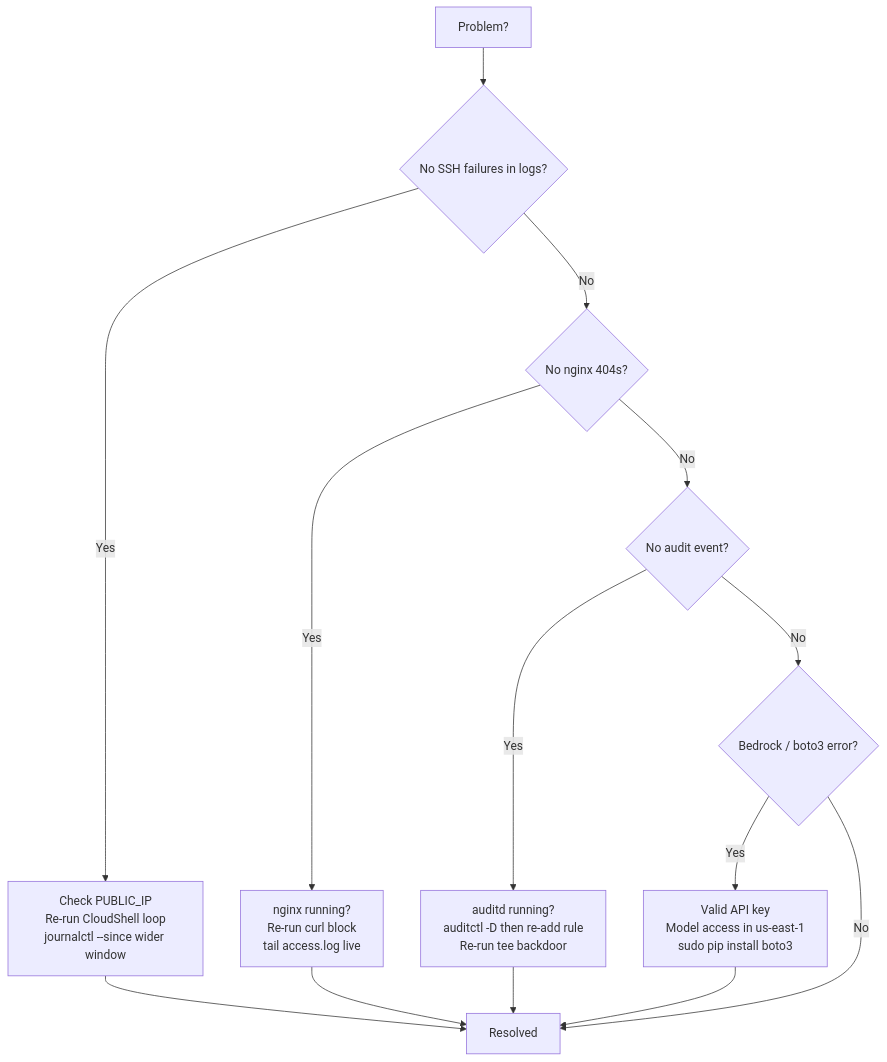
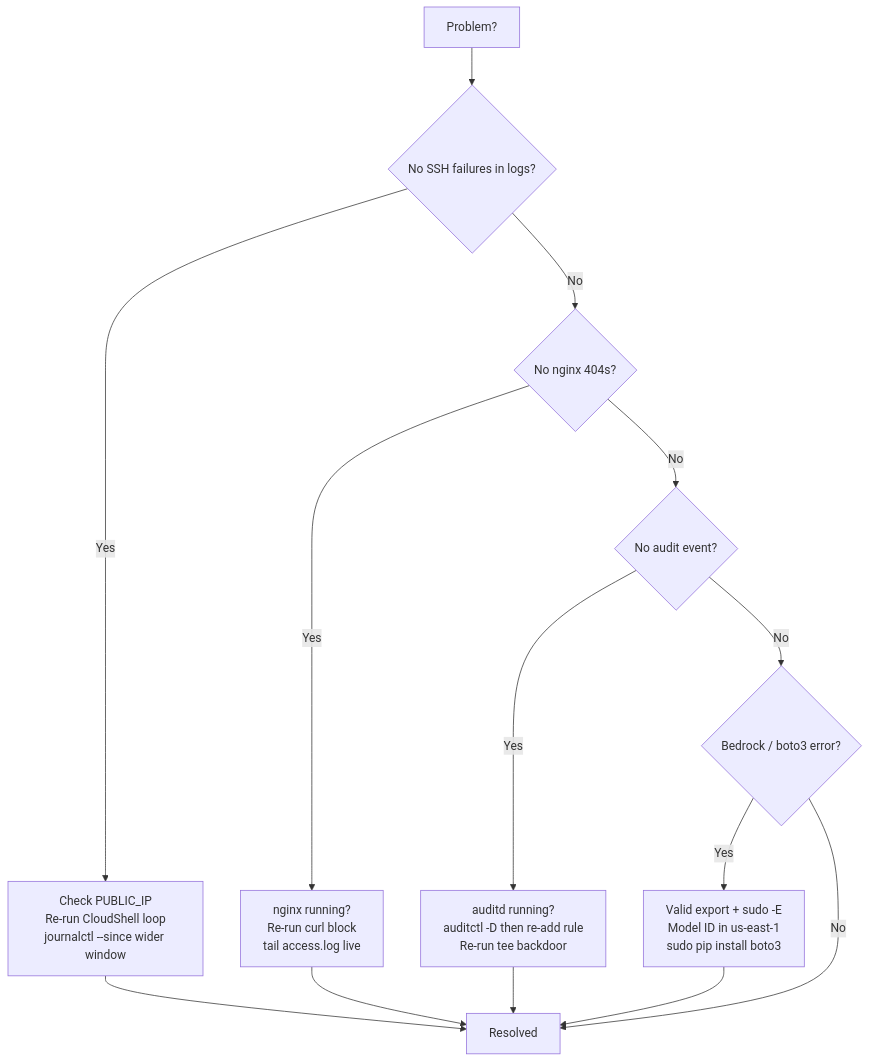
The second of 6 diagrams in gurinder_practice/lab 1.2/1.2-Suspicious-Activity-AI-Triage-Guide.md (gjkaur/ai-in-cybersecurity), drawn with Mermaid before and after one commit. The commit also changed other lines of this file and 1 other file, not shown here.

````diff
--- a/gurinder_practice/lab 1.2/1.2-Suspicious-Activity-AI-Triage-Guide.md
+++ b/gurinder_practice/lab 1.2/1.2-Suspicious-Activity-AI-Triage-Guide.md
@@ -488,16 +538,16 @@
 ```mermaid
 graph TD
     Start["Problem?"] --> C1{"No SSH failures in logs?"}
     C1 -->|Yes| T1["Check PUBLIC_IP<br/>Re-run CloudShell loop<br/>journalctl --since wider window"]
     C1 -->|No| C2{"No nginx 404s?"}
     C2 -->|Yes| T2["nginx running?<br/>Re-run curl block<br/>tail access.log live"]
     C2 -->|No| C3{"No audit event?"}
     C3 -->|Yes| T3["auditd running?<br/>auditctl -D then re-add rule<br/>Re-run tee backdoor"]
     C3 -->|No| C4{"Bedrock / boto3 error?"}
-    C4 -->|Yes| T4["Valid API key<br/>Model access in us-east-1<br/>sudo pip install boto3"]
+    C4 -->|Yes| T4["Valid export + sudo -E<br/>Model ID in us-east-1<br/>sudo pip install boto3"]
     C4 -->|No| OK["Resolved"]
     T1 --> OK
     T2 --> OK
     T3 --> OK
     T4 --> OK
 ```
````
